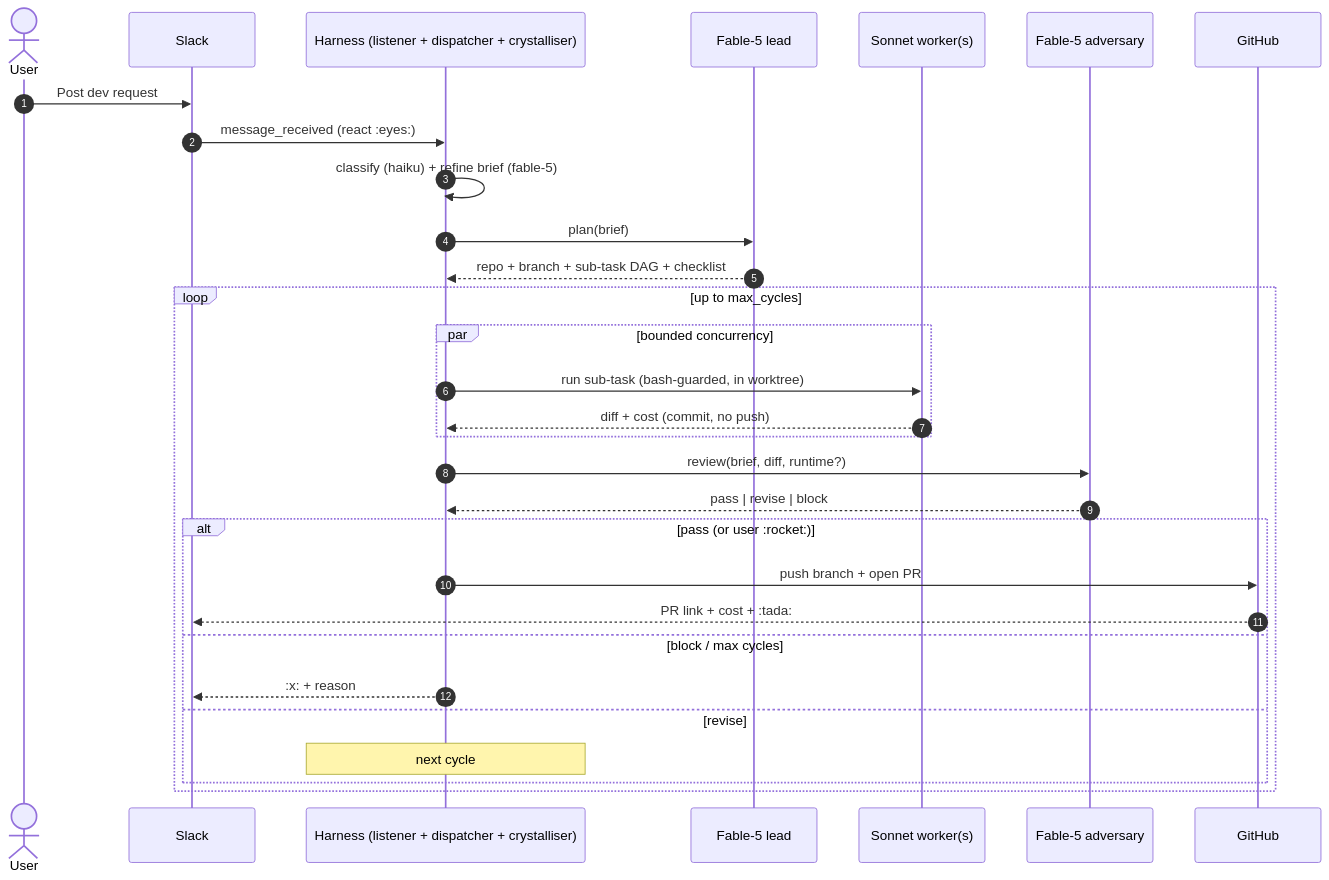
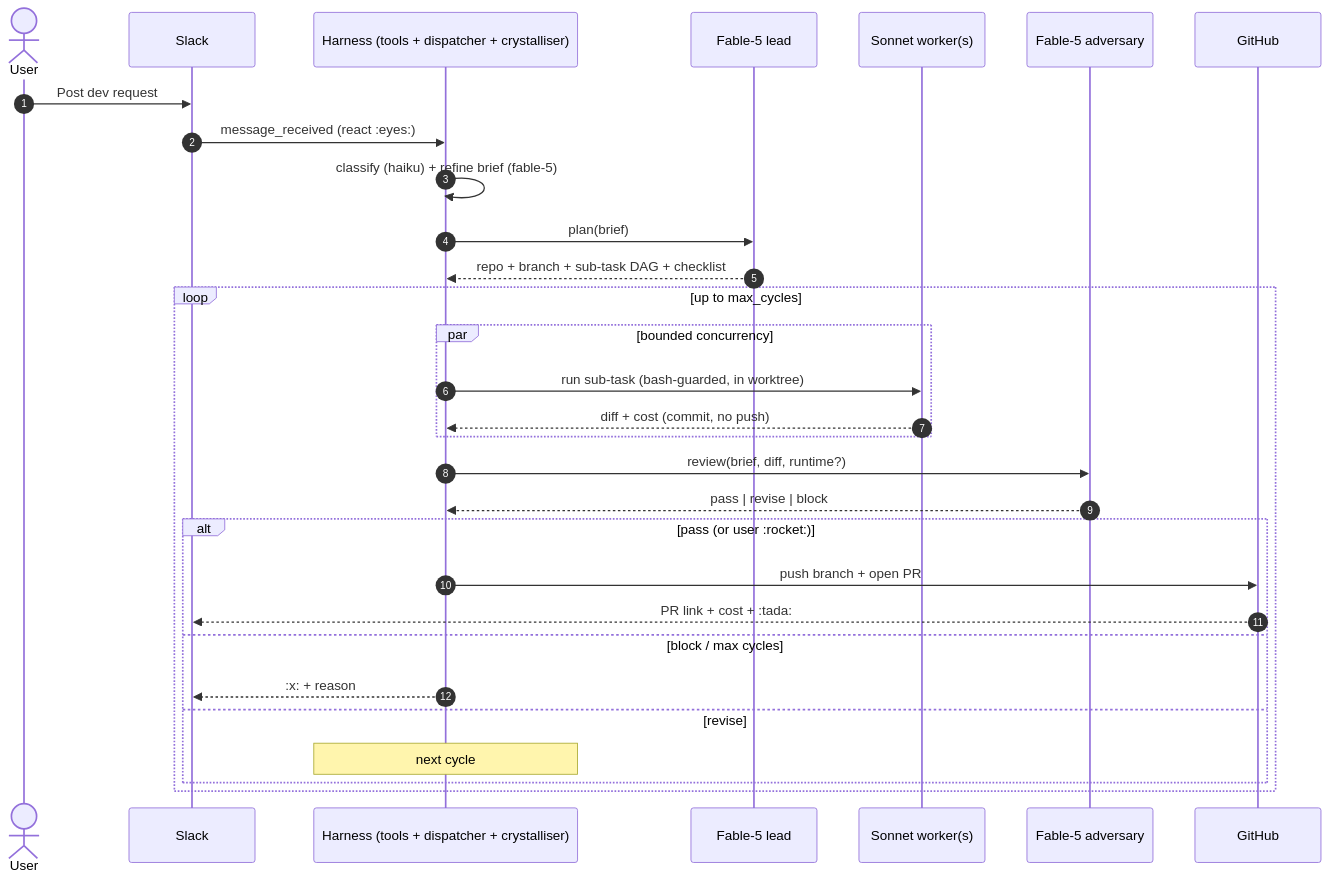
The diagram in README.md (CarelvanHeerden/openclaw-agent-harness), drawn with Mermaid before and after one commit. The commit also changed other lines of this file and 37 other files, not shown here.

````diff
--- a/README.md
+++ b/README.md
@@ -143,34 +150,34 @@
 ```mermaid
 sequenceDiagram
   autonumber
   actor User
   participant Slack
-  participant Harness as Harness (listener + dispatcher + crystalliser)
+  participant Harness as Harness (tools + dispatcher + crystalliser)
   participant Lead as Fable-5 lead
   participant Worker as Sonnet worker(s)
   participant Adv as Fable-5 adversary
   participant GH as GitHub
 
   User->>Slack: Post dev request
   Slack->>Harness: message_received (react :eyes:)
   Harness->>Harness: classify (haiku) + refine brief (fable-5)
   Harness->>Lead: plan(brief)
   Lead-->>Harness: repo + branch + sub-task DAG + checklist
 
   loop up to max_cycles
     par bounded concurrency
       Harness->>Worker: run sub-task (bash-guarded, in worktree)
       Worker-->>Harness: diff + cost (commit, no push)
     end
     Harness->>Adv: review(brief, diff, runtime?)
     Adv-->>Harness: pass | revise | block
     alt pass (or user :rocket:)
       Harness->>GH: push branch + open PR
       GH-->>Slack: PR link + cost + :tada:
     else block / max cycles
       Harness-->>Slack: :x: + reason
     else revise
       Note over Harness: next cycle
     end
   end
 ```
````
